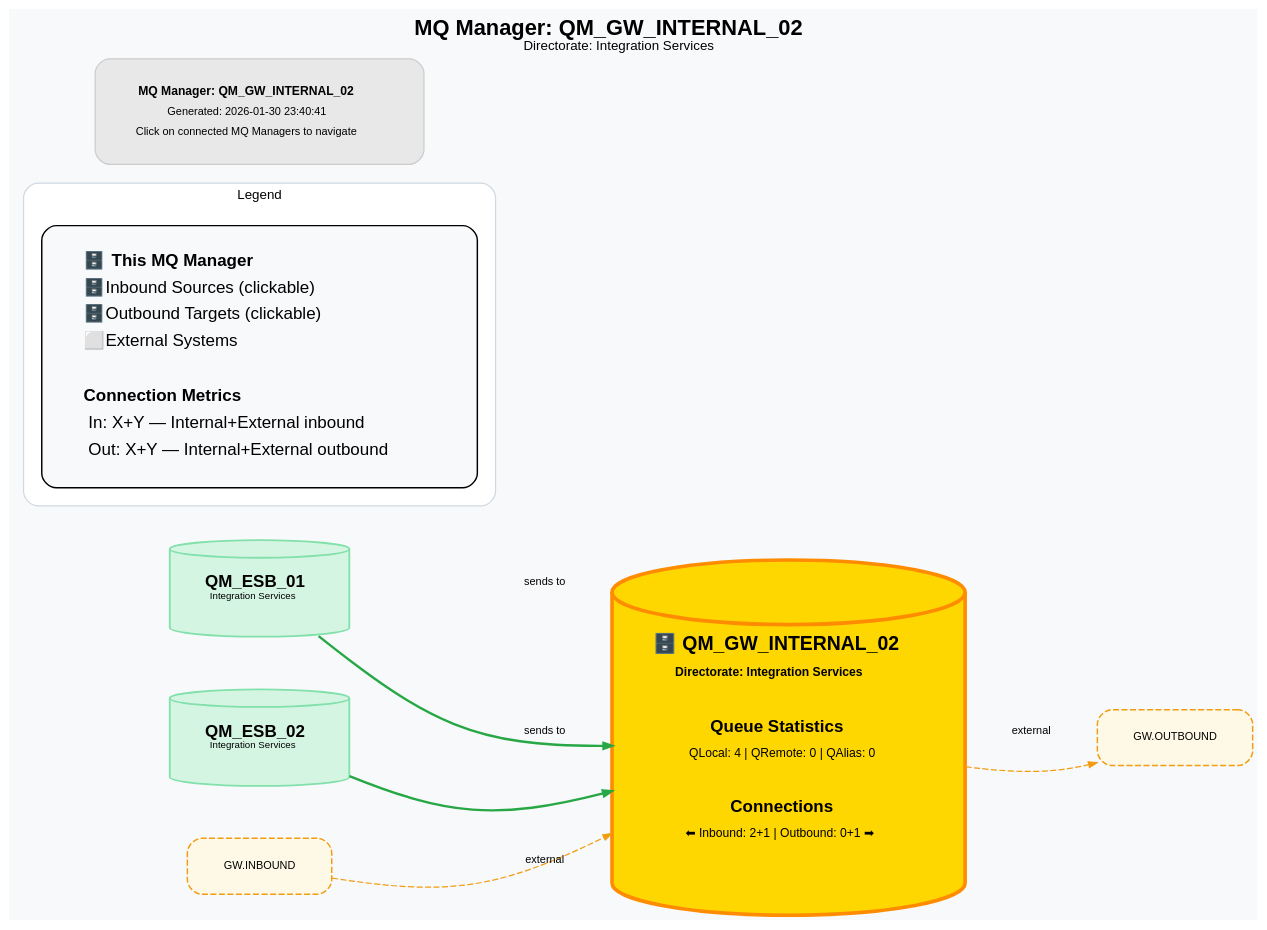
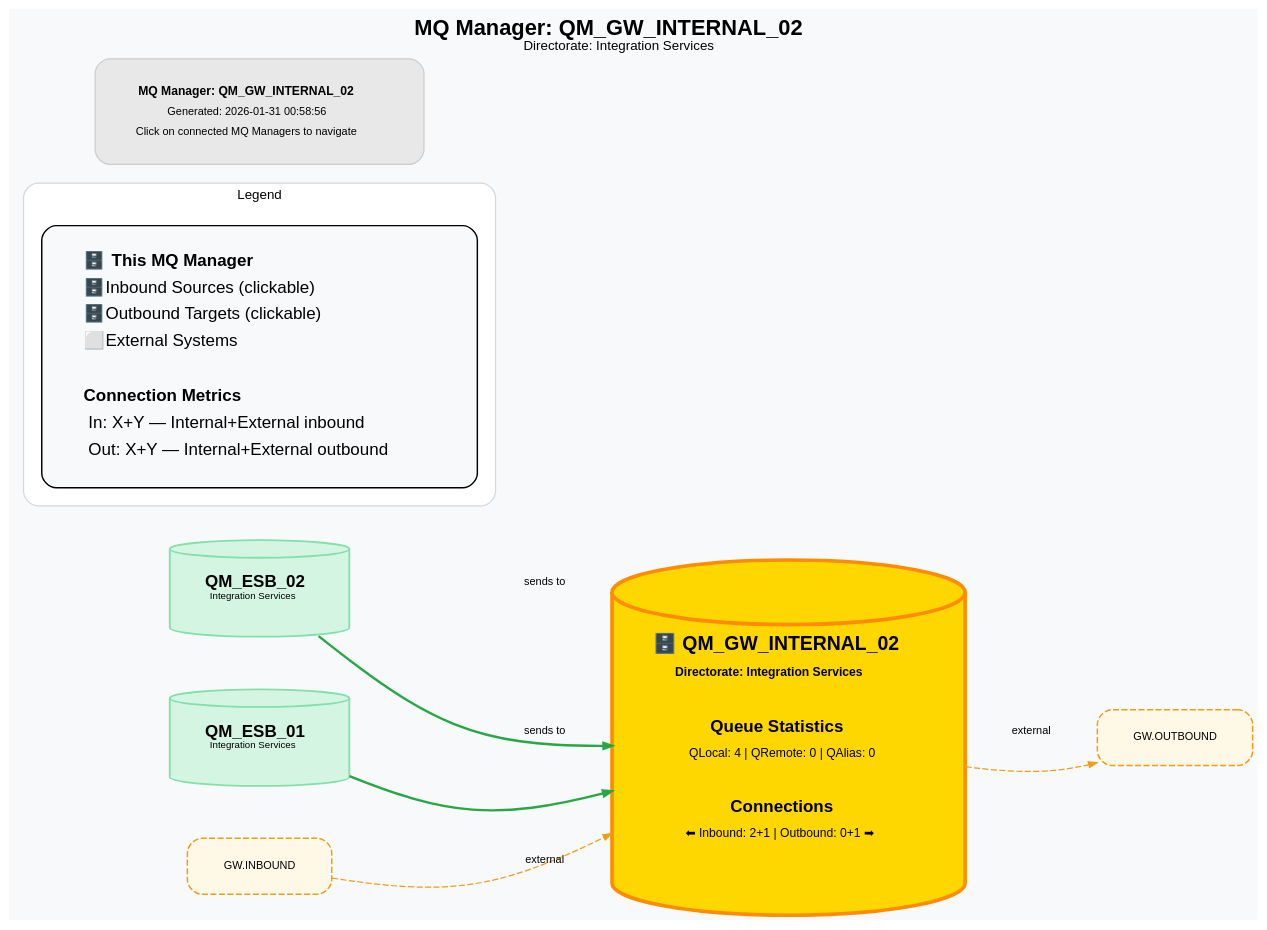
Before and after one commit to Samagoue/MQ_test1: the diagram in output/diagrams/individual/QM_GW_INTERNAL_02.dot, drawn with Graphviz. The commit also changed 53 other files, not shown here.

```diff
--- a/output/diagrams/individual/QM_GW_INTERNAL_02.dot
+++ b/output/diagrams/individual/QM_GW_INTERNAL_02.dot
@@ -1,80 +1,80 @@
 digraph MQ_QM_GW_INTERNAL_02 {
     rankdir=LR fontname="Helvetica" bgcolor="#f7f9fb"
     splines=curved nodesep=0.6 ranksep=1.0
 
     labelloc="t"
     label=<<b>MQ Manager: QM_GW_INTERNAL_02</b><br/><font point-size='11'>Directorate: Integration Services</font>>
     fontsize=18
 
     node [fontname="Helvetica" margin="0.40,0.25" penwidth=1.2]
     edge [fontname="Helvetica" fontsize=9 arrowsize=0.7]
 
     QM_GW_INTERNAL_02 [
         shape=cylinder style="filled"
         fillcolor="#ffd700" color="#ff8c00" penwidth=3.0
         fontcolor="#000000"
         label=<
             <table border="0" cellborder="0" cellspacing="0" cellpadding="4">
                 <tr><td align="center"><b><font point-size='16'>🗄️ QM_GW_INTERNAL_02</font></b></td></tr>
                 <tr><td align="center"><font point-size="10"><b>Directorate: Integration Services</b></font></td></tr>
                 <tr><td><br/></td></tr>
                 <tr><td align="center"><b>Queue Statistics</b></td></tr>
                 <tr><td align="center"><font point-size="10">QLocal: 4 | QRemote: 0 | QAlias: 0</font></td></tr>
                 <tr><td><br/></td></tr>
                 <tr><td align="center"><b>Connections</b></td></tr>
                 <tr><td align="center"><font point-size="10">⬅ Inbound: 2+1 | Outbound: 0+1 ➡</font></td></tr>
             </table>
         >
     ]
 
     /* Inbound MQ Managers */
+    QM_ESB_02 [shape=cylinder style="filled" fillcolor="#d5f5e3" color="#82e0aa" penwidth=1.5
+        URL="QM_ESB_02.svg" target="_blank" tooltip="Click to view QM_ESB_02 details"
+        label=<<b>QM_ESB_02</b><br/><font point-size='8'>Integration Services</font>>]
+    QM_ESB_02 -> QM_GW_INTERNAL_02 [color="#28a745" penwidth=2.0 label="sends to"]
     QM_ESB_01 [shape=cylinder style="filled" fillcolor="#d5f5e3" color="#82e0aa" penwidth=1.5
         URL="QM_ESB_01.svg" target="_blank" tooltip="Click to view QM_ESB_01 details"
         label=<<b>QM_ESB_01</b><br/><font point-size='8'>Integration Services</font>>]
     QM_ESB_01 -> QM_GW_INTERNAL_02 [color="#28a745" penwidth=2.0 label="sends to"]
-    QM_ESB_02 [shape=cylinder style="filled" fillcolor="#d5f5e3" color="#82e0aa" penwidth=1.5
-        URL="QM_ESB_02.svg" target="_blank" tooltip="Click to view QM_ESB_02 details"
-        label=<<b>QM_ESB_02</b><br/><font point-size='8'>Integration Services</font>>]
-    QM_ESB_02 -> QM_GW_INTERNAL_02 [color="#28a745" penwidth=2.0 label="sends to"]
 
     /* External Inbound */
     ext_in_0_GW_INBOUND [shape=box style="rounded,filled,dashed" fillcolor="#fef9e7" color="#f39c12" label="GW.INBOUND" fontsize=9]
     ext_in_0_GW_INBOUND -> QM_GW_INTERNAL_02 [color="#f39c12" style=dashed label="external"]
     /* External Outbound */
     ext_out_0_GW_OUTBOUND [shape=box style="rounded,filled,dashed" fillcolor="#fef9e7" color="#f39c12" label="GW.OUTBOUND" fontsize=9]
     QM_GW_INTERNAL_02 -> ext_out_0_GW_OUTBOUND [color="#f39c12" style=dashed label="external"]
 
     subgraph cluster_legend {
         label="Legend" style="rounded,filled" fillcolor="#ffffff" color="#d0d8e0" fontsize=11 margin=15
 
         legend_item [shape=box style="rounded,filled" fillcolor="#f7f9fb"
             label=<
                 <table border="0" cellborder="0" cellspacing="3" cellpadding="2">
                     <tr><td align="left"><font color="#ff8c00">🗄️</font> <b>This MQ Manager</b></td></tr>
                     <tr><td align="left"><font color="#28a745">🗄️</font> Inbound Sources (clickable)</td></tr>
                     <tr><td align="left"><font color="#2874a6">🗄️</font> Outbound Targets (clickable)</td></tr>
                     <tr><td align="left"><font color="#f39c12">⬜</font> External Systems</td></tr>
                     <tr><td><br/></td></tr>
                     <tr><td align="left"><b>Connection Metrics</b></td></tr>
                     <tr><td align="left">  In: X+Y — Internal+External inbound</td></tr>
                     <tr><td align="left">  Out: X+Y — Internal+External outbound</td></tr>
                 </table>
             >
         ]
     }
 
     /* Footer */
     footer [
         shape=box
         style="rounded,filled"
         fillcolor="#e8e8e8"
         color="#cccccc"
         penwidth=1
         fontsize=10
         label=<<table border="0" cellborder="0" cellspacing="2" cellpadding="2">
             <tr><td align="center"><b>MQ Manager: QM_GW_INTERNAL_02</b></td></tr>
-            <tr><td align="center"><font point-size="9">Generated: 2026-01-30 23:40:41</font></td></tr>
+            <tr><td align="center"><font point-size="9">Generated: 2026-01-31 00:58:56</font></td></tr>
             <tr><td align="center"><font point-size="9">Click on connected MQ Managers to navigate</font></td></tr>
         </table>>
     ]
 }
```
